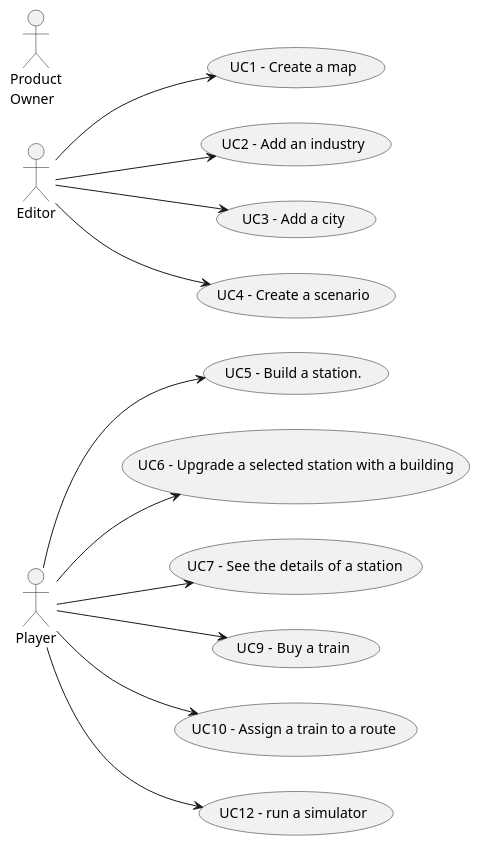
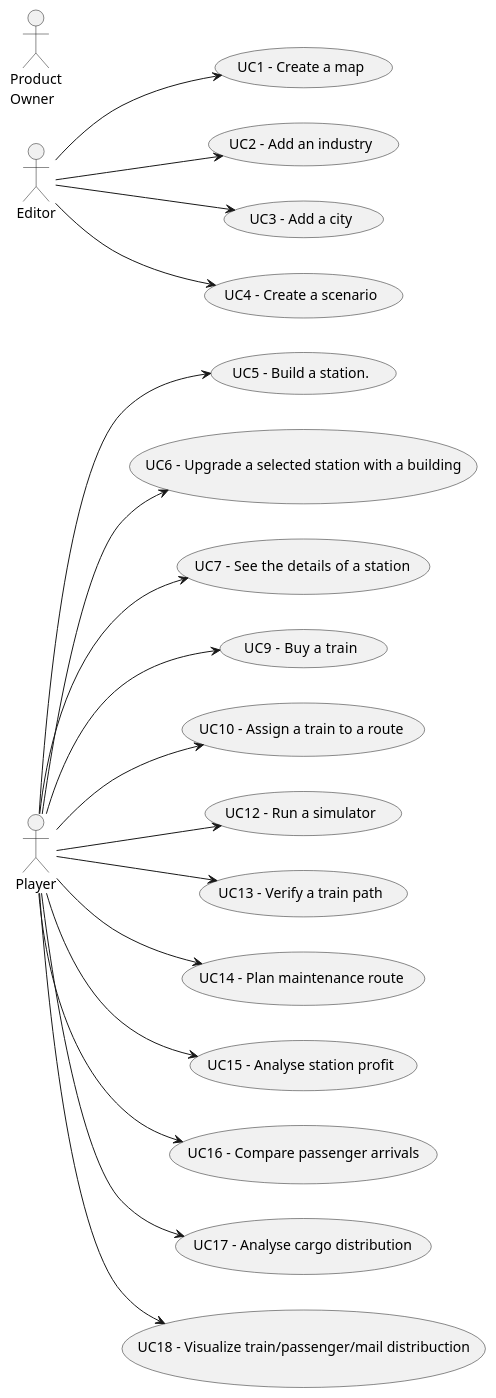
One commit to bruno-monteiro5/sem2-pi-24.25-g132-repo changed the diagram in docs/system-documentation/global-artifacts/01.requirements-engineering/puml/UCD.puml. Above: the diagram before and after it, drawn with PlantUML. The commit also changed 1 other file, not shown here.

```diff
--- a/docs/system-documentation/global-artifacts/01.requirements-engineering/puml/UCD.puml
+++ b/docs/system-documentation/global-artifacts/01.requirements-engineering/puml/UCD.puml
@@ -1,52 +1,70 @@
 @startuml
 'skinparam monochrome true
 skinparam packageStyle rectangle
 'skinparam shadowing false
 
 
 'title Use Case Diagram Example
 
 left to right direction
 
 'rectangle "System Actors" as actors {
     actor "Player" as Player
     actor "Editor" as Editor
     actor "Product\nOwner" as Owner
 '}
 
 'rectangle "Use Cases" as usecases{
     usecase "UC1 - Create a map" as UC1
     Editor --> UC1
 
     usecase "UC2 - Add an industry" as UC2
     Editor --> UC2
 
     usecase "UC3 - Add a city" as UC3
     Editor --> UC3
 
     usecase "UC4 - Create a scenario" as UC4
     Editor --> UC4
 
     usecase "UC5 - Build a station." as UC5
     Player --> UC5
 
     usecase "UC6 - Upgrade a selected station with a building" as UC6
     Player --> UC6
 
     usecase "UC7 -  See the details of a station" as UC7
     Player --> UC7
 
     usecase "UC9 -  Buy a train" as UC9
     Player --> UC9
 
     usecase "UC10 - Assign a train to a route" as UC10
     Player --> UC10
 
 
-    usecase "UC12 - run a simulator" as UC12
+    usecase "UC12 - Run a simulator" as UC12
     "Player" --> UC12
+
+    usecase "UC13 - Verify a train path" as UC13
+    "Player" --> UC13
+
+    usecase "UC14 - Plan maintenance route" as UC14
+    "Player" --> UC14
+
+    usecase "UC15 - Analyse station profit" as UC15
+    "Player" --> UC15
+
+    usecase "UC16 - Compare passenger arrivals" as UC16
+    "Player" --> UC16
+
+    usecase "UC17 - Analyse cargo distribution" as UC17
+    "Player" --> UC17
+
+    usecase "UC18 - Visualize train/passenger/mail distribuction" as UC18
+    "Player" --> UC18
 
 '}
 
 
 @enduml
```
